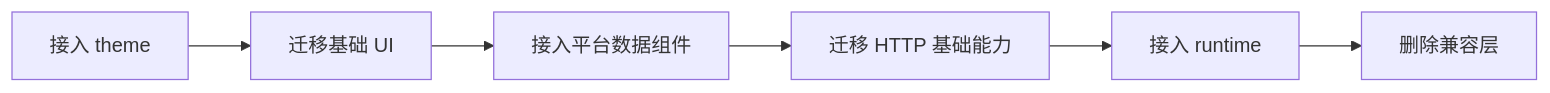
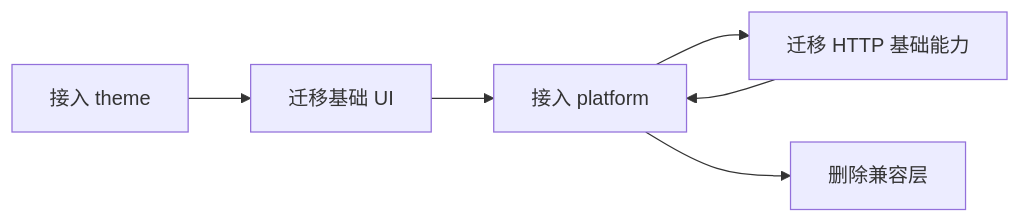
The diagram in docs/migration/application-migration.md (g2rain/g2rain-appkit), drawn with Mermaid before and after one commit. The commit also changed other lines of this file and 54 other files, not shown here.

````diff
--- a/docs/migration/application-migration.md
+++ b/docs/migration/application-migration.md
@@ -11,8 +11,8 @@
 ```mermaid
 flowchart LR
   Theme[接入 theme] --> UI[迁移基础 UI]
   UI --> Platform[接入平台数据组件]
   Platform --> HTTP[迁移 HTTP 基础能力]
-  HTTP --> Runtime[接入 runtime]
-  Runtime --> Cleanup[删除兼容层]
+  HTTP --> Platform[接入 platform]
+  Platform --> Cleanup[删除兼容层]
 ```
````
